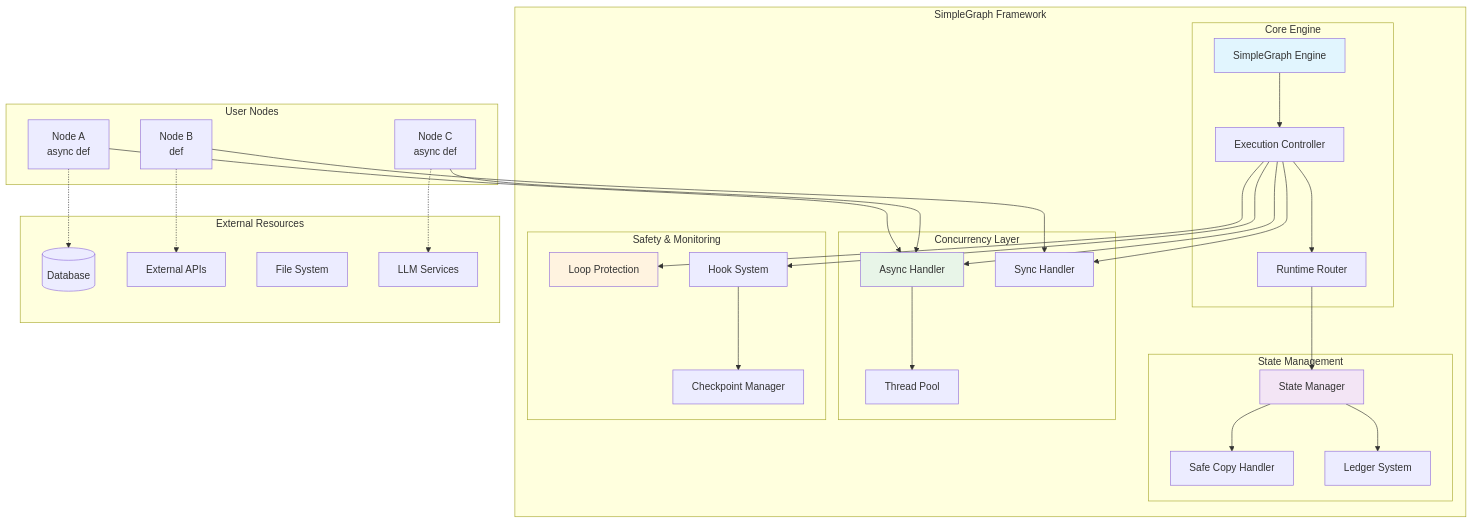
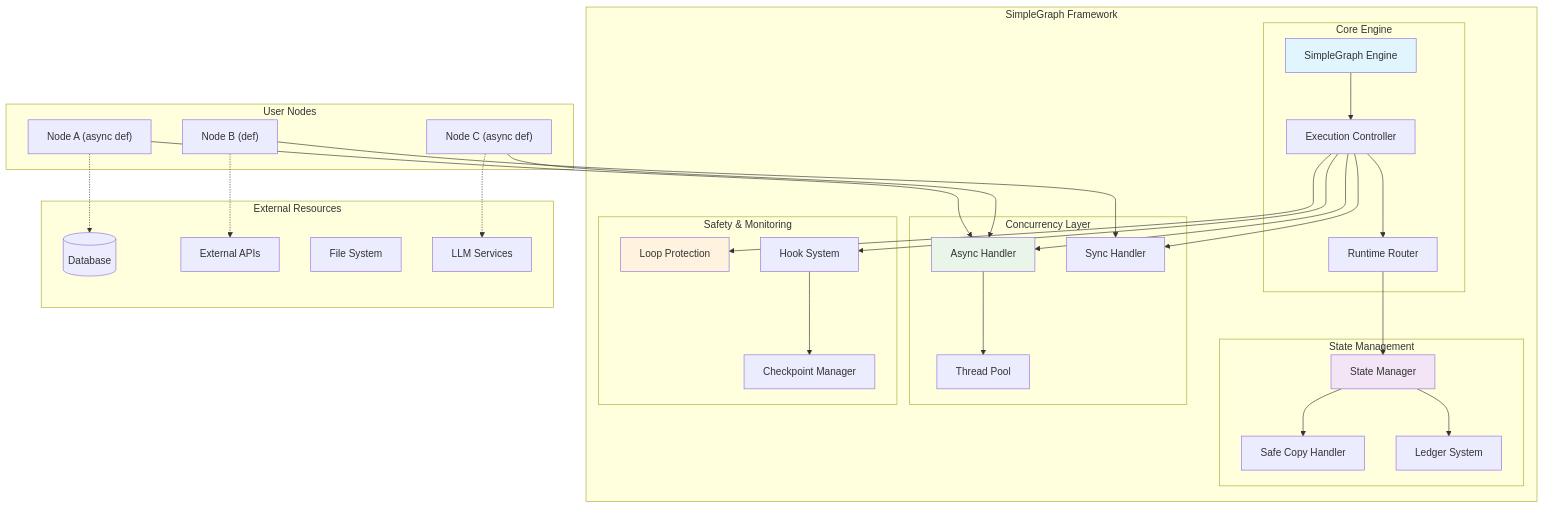
Before and after one commit to skarthi369/simple-graph: the first of 6 diagrams in README.md, drawn with Mermaid. The commit also changed other lines of this file, not shown here.

First line of the commit message:
fix: Correct Mermaid diagram syntax for proper GitHub rendering

````diff
--- a/README.md
+++ b/README.md
@@ -16,68 +16,68 @@
 ```mermaid
 graph TB
     subgraph "SimpleGraph Framework"
         subgraph "Core Engine"
             SG[SimpleGraph Engine]
             EXE[Execution Controller]
             RT[Runtime Router]
         end
         
         subgraph "State Management"
             SM[State Manager]
             SC[Safe Copy Handler]
             LD[Ledger System]
         end
         
         subgraph "Concurrency Layer"
             AS[Async Handler]
             TH[Thread Pool]
             SY[Sync Handler]
         end
         
         subgraph "Safety & Monitoring"
             LP[Loop Protection]
             HK[Hook System]
             CP[Checkpoint Manager]
         end
     end
     
     subgraph "User Nodes"
-        N1[Node A<br/>async def]
-        N2[Node B<br/>def]
-        N3[Node C<br/>async def]
+        N1["Node A (async def)"]
+        N2["Node B (def)"]
+        N3["Node C (async def)"]
     end
     
     subgraph "External Resources"
         DB[(Database)]
         API[External APIs]
         FS[File System]
         LLM[LLM Services]
     end
     
     SG --> EXE
     EXE --> RT
     RT --> SM
     SM --> SC
     SM --> LD
     
     EXE --> AS
     EXE --> SY
     AS --> TH
     
     EXE --> LP
     EXE --> HK
     HK --> CP
     
     N1 --> AS
     N2 --> SY
     N3 --> AS
     
     N1 -.-> DB
     N2 -.-> API
     N3 -.-> LLM
     
     style SG fill:#e1f5fe
     style SM fill:#f3e5f5
     style AS fill:#e8f5e8
     style LP fill:#fff3e0
 ```
````
